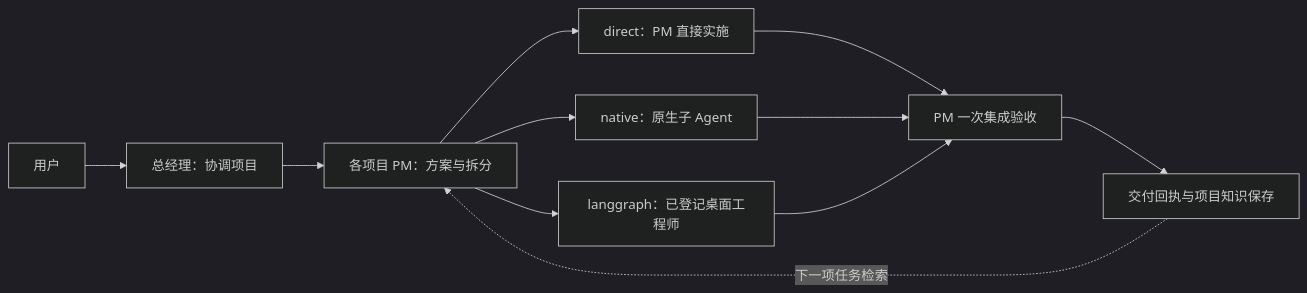
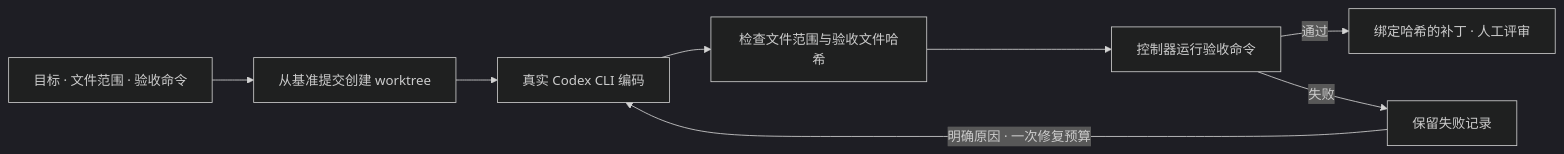
One commit to Ai-Eastern/codex-agent-workbench changed the diagram in README.md. Above: the diagram before and after it, drawn with Mermaid (dark theme). The commit also changed other lines of this file and 44 other files, not shown here.

````diff
--- a/README.md
+++ b/README.md
@@ -23,13 +50,10 @@
-```mermaid
+~~~mermaid
 flowchart LR
-    U[用户] --> GM[总经理：协调项目]
-    GM --> PM[各项目 PM：方案与拆分]
-    PM --> D[direct：PM 直接实施]
-    PM --> N[native：原生子 Agent]
-    PM --> L[langgraph：已登记桌面工程师]
-    D --> A[PM 一次集成验收]
-    N --> A
-    L --> A
-    A --> K[交付回执与项目知识保存]
-    K -. 下一项任务检索 .-> PM
-```
+    T[目标 · 文件范围 · 验收命令] --> W[从基准提交创建 worktree]
+    W --> C[真实 Codex CLI 编码]
+    C --> I[检查文件范围与验收文件哈希]
+    I --> A[控制器运行验收命令]
+    A -->|通过| P[绑定哈希的补丁 · 人工评审]
+    A -->|失败| F[保留失败记录]
+    F -->|明确原因 · 一次修复预算| C
+~~~
````
